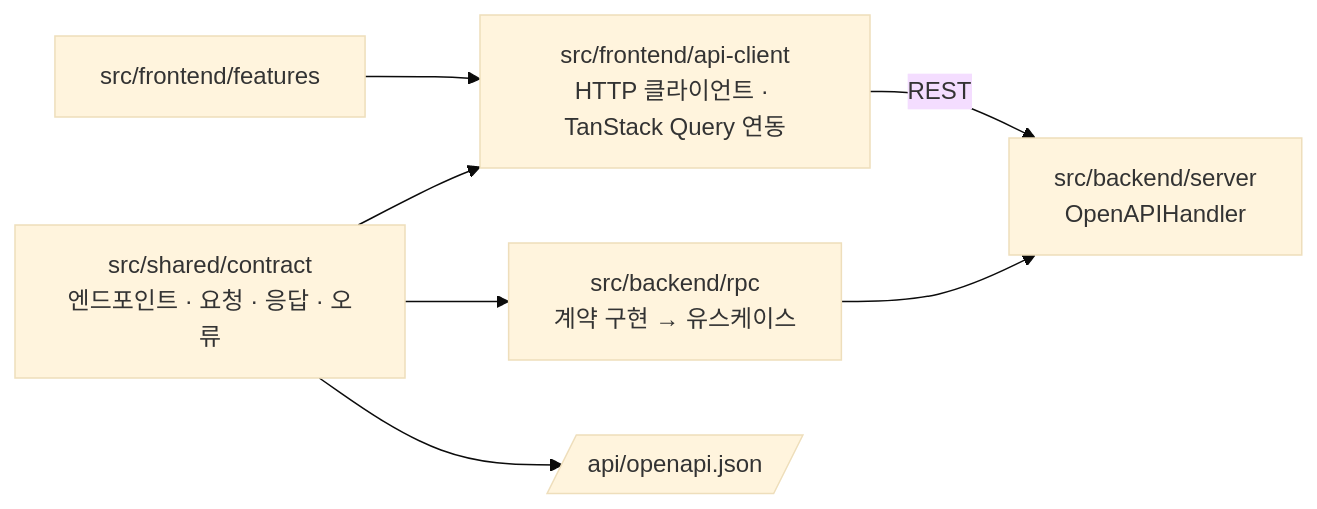
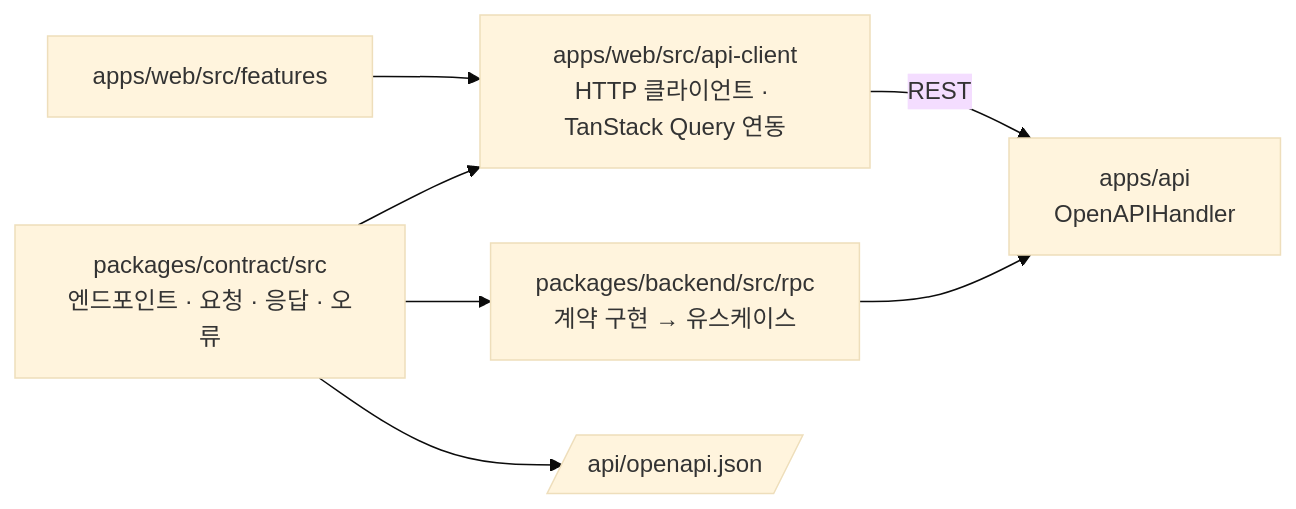
Before and after one commit to Changsik00/inkle: the diagram in docs/decisions/ADR-007-frontend-structure.md, drawn with Mermaid (base theme). The commit also changed other lines of this file and 204 other files, not shown here.

````diff
--- a/docs/decisions/ADR-007-frontend-structure.md
+++ b/docs/decisions/ADR-007-frontend-structure.md
@@ -43,9 +43,9 @@
 ```mermaid
 flowchart LR
-    C[src/shared/contract<br/>엔드포인트 · 요청 · 응답 · 오류] --> S[src/backend/rpc<br/>계약 구현 → 유스케이스]
-    C --> K[src/frontend/api-client<br/>HTTP 클라이언트 · TanStack Query 연동]
+    C[packages/contract/src<br/>엔드포인트 · 요청 · 응답 · 오류] --> S[packages/backend/src/rpc<br/>계약 구현 → 유스케이스]
+    C --> K[apps/web/src/api-client<br/>HTTP 클라이언트 · TanStack Query 연동]
     C --> O[/api/openapi.json/]
-    S --> R[src/backend/server<br/>OpenAPIHandler]
+    S --> R[apps/api<br/>OpenAPIHandler]
     K -->|REST| R
-    F[src/frontend/features] --> K
+    F[apps/web/src/features] --> K
 ```
````
